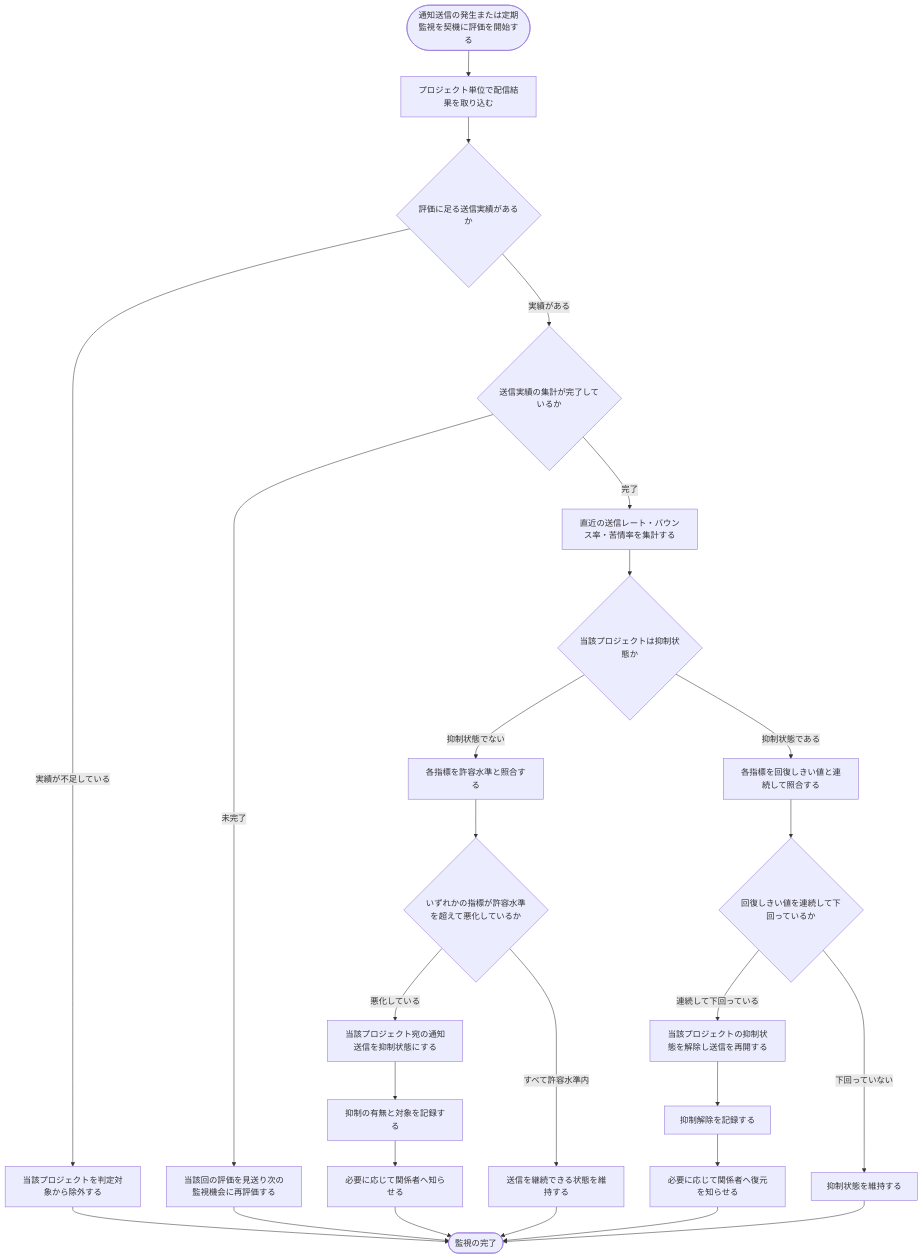
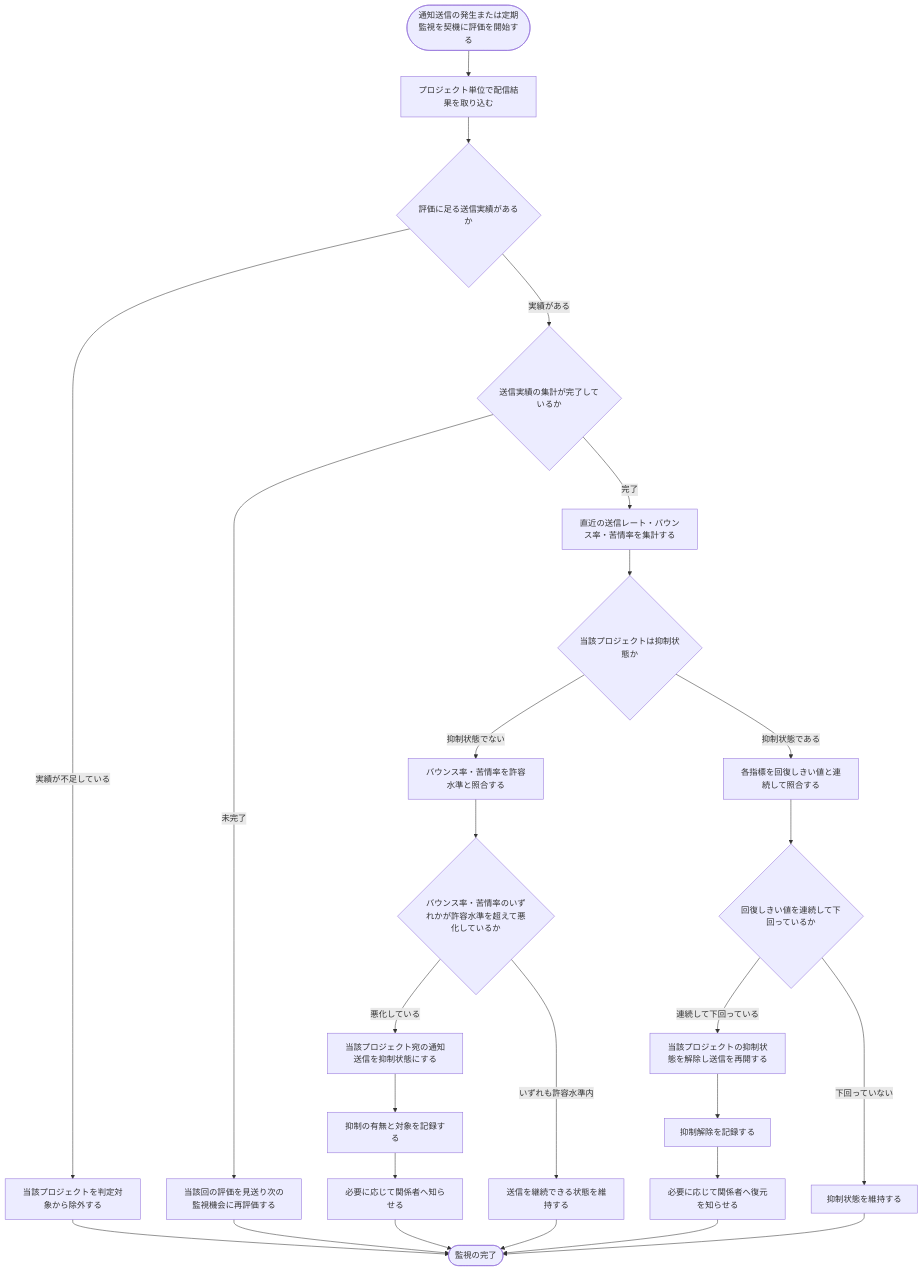
One commit to sikakou54/open-faq changed the diagram in 02_basic_design/02_backend/01_system/SYS-007.md. Above: the diagram before and after it, drawn with Mermaid. The commit also changed other lines of this file and 24 other files, not shown here.

````diff
--- a/02_basic_design/02_backend/01_system/SYS-007.md
+++ b/02_basic_design/02_backend/01_system/SYS-007.md
@@ -27,28 +28,28 @@
 ```mermaid
 flowchart TB
   A([通知送信の発生または定期監視を契機に評価を開始する]) --> B[プロジェクト単位で配信結果を取り込む]
   B --> C{評価に足る送信実績があるか}
   C -->|実績が不足している| D[当該プロジェクトを判定対象から除外する]
   C -->|実績がある| E{送信実績の集計が完了しているか}
   E -->|未完了| F[当該回の評価を見送り次の監視機会に再評価する]
   E -->|完了| G[直近の送信レート・バウンス率・苦情率を集計する]
   G --> H{当該プロジェクトは抑制状態か}
-  H -->|抑制状態でない| I[各指標を許容水準と照合する]
-  I --> J{いずれかの指標が許容水準を超えて悪化しているか}
+  H -->|抑制状態でない| I[バウンス率・苦情率を許容水準と照合する]
+  I --> J{バウンス率・苦情率のいずれかが許容水準を超えて悪化しているか}
   J -->|悪化している| K[当該プロジェクト宛の通知送信を抑制状態にする]
   K --> L[抑制の有無と対象を記録する]
   L --> M[必要に応じて関係者へ知らせる]
-  J -->|すべて許容水準内| N[送信を継続できる状態を維持する]
+  J -->|いずれも許容水準内| N[送信を継続できる状態を維持する]
   H -->|抑制状態である| O[各指標を回復しきい値と連続して照合する]
   O --> P{回復しきい値を連続して下回っているか}
   P -->|連続して下回っている| Q[当該プロジェクトの抑制状態を解除し送信を再開する]
   Q --> R[抑制解除を記録する]
   R --> S[必要に応じて関係者へ復元を知らせる]
   P -->|下回っていない| T[抑制状態を維持する]
   D --> Z([監視の完了])
   F --> Z
   M --> Z
   N --> Z
   S --> Z
   T --> Z
 ```
````
